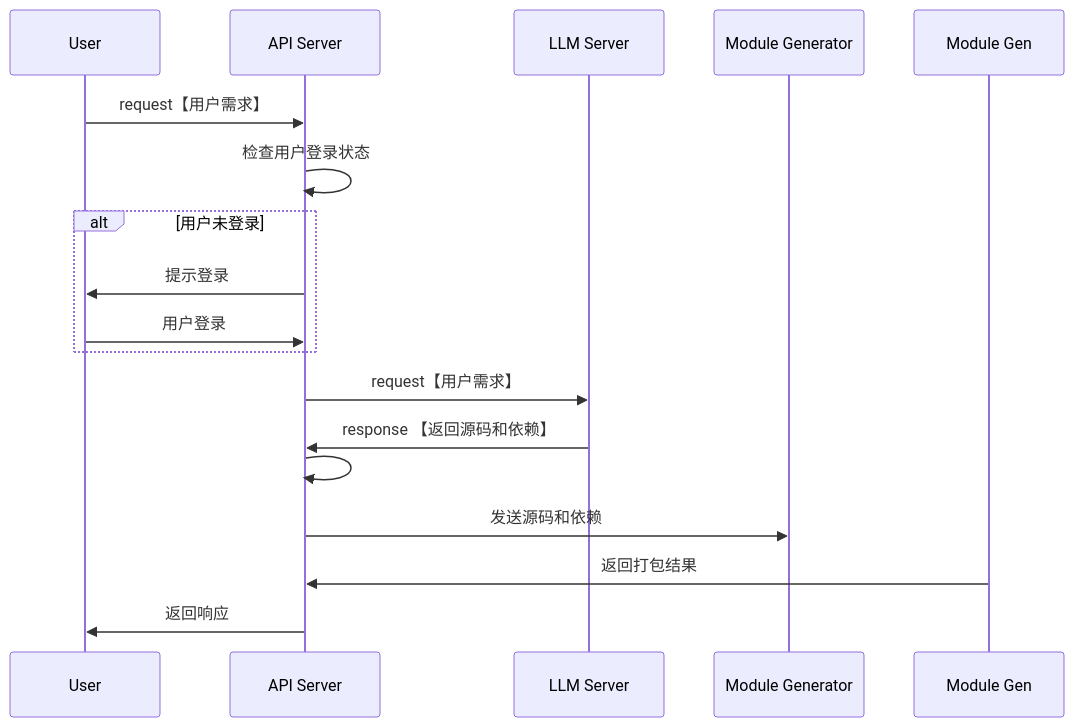
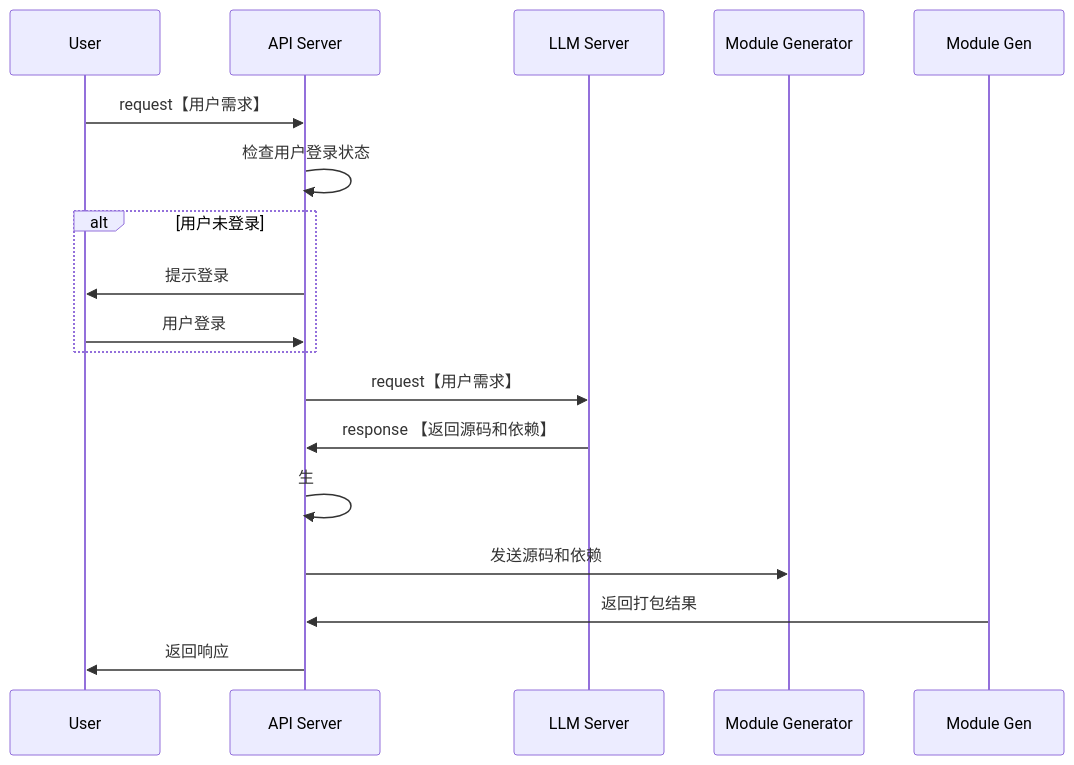
Before and after one commit to yingjianzh/iodraw-files: the diagram in all/未命名-7.md, drawn with Mermaid.

Commit message:
2024-10-08 15:39:14 update

````diff
--- a/all/未命名-7.md
+++ b/all/未命名-7.md
@@ -1,24 +1,24 @@
 ```mermaid
 sequenceDiagram
     participant User
     participant API Server
     participant LLM Server
     participant Module Generator
 
     User->>API Server: request【用户需求】
     API Server->>API Server: 检查用户登录状态
     alt 用户未登录
         API Server->>User: 提示登录
         User->>API Server: 用户登录
     end
 
     API Server->>LLM Server: request【用户需求】
     LLM Server->>API Server: response 【返回源码和依赖】
-    API Server->>API Server: 
+    API Server->>API Server: 生
 
     API Server->>Module Generator: 发送源码和依赖
     Module Gen->>API Server: 返回打包结果
 
     API Server->>User: 返回响应
 
 ```
````
